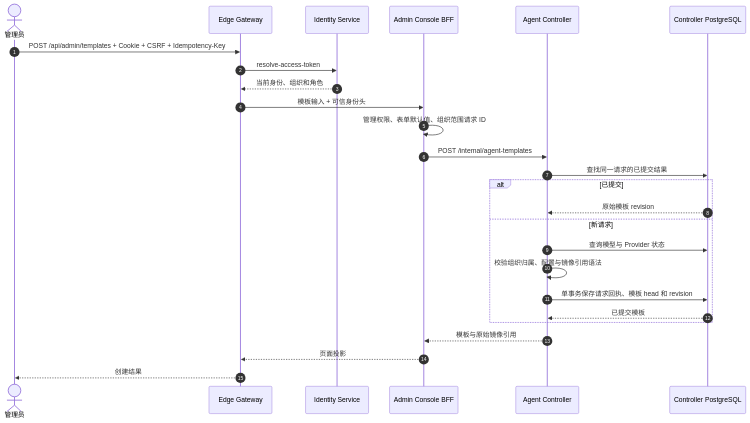
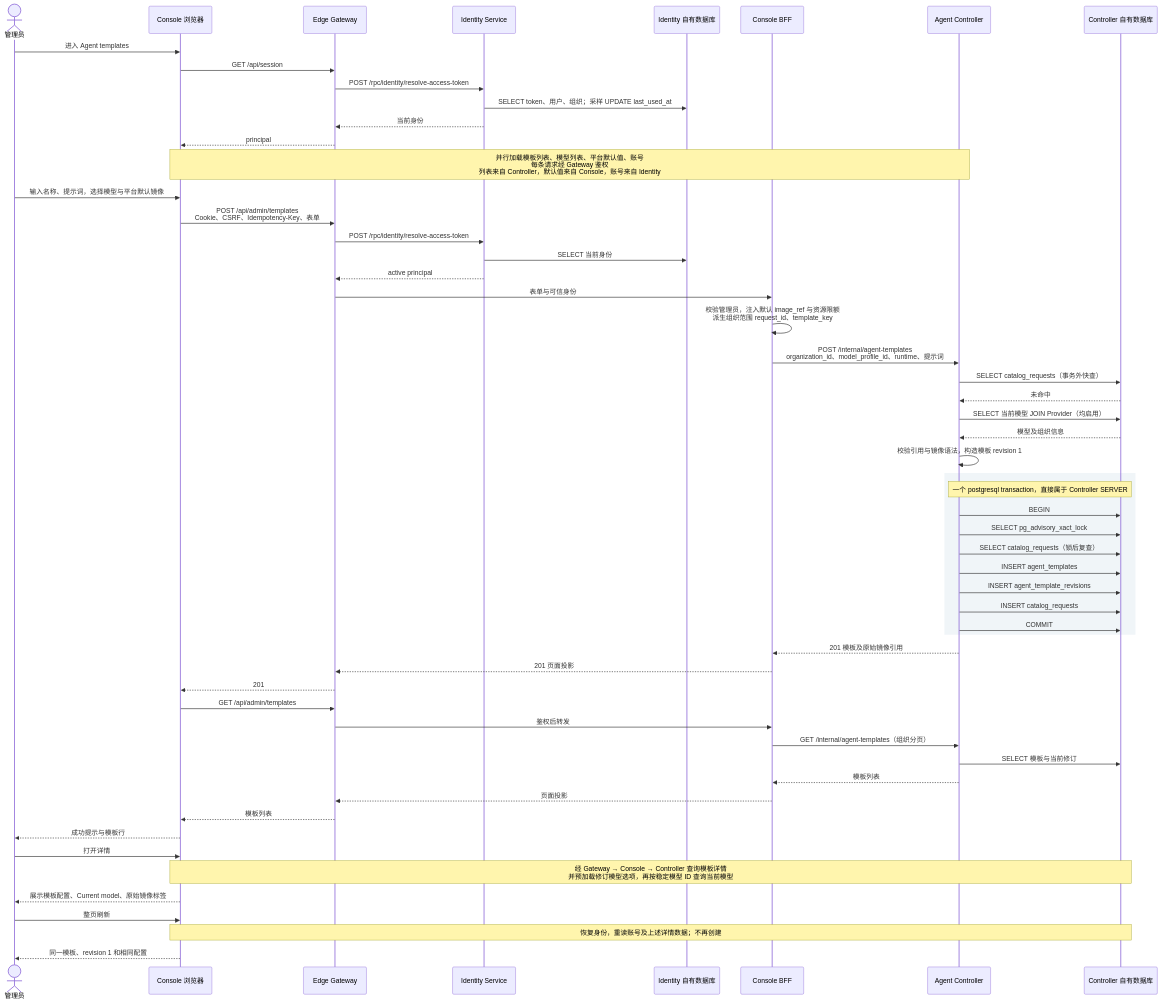
The diagram in docs/business-flow-template-create.md (tf4fun/antnest-platform), drawn with Mermaid before and after one commit. The commit also changed other lines of this file and 87 other files, not shown here.

First line of the commit message:
refactor(provider): simplify model storage and record flow acceptance

````diff
--- a/docs/business-flow-template-create.md
+++ b/docs/business-flow-template-create.md
@@ -19,29 +60,59 @@
 ```mermaid
 sequenceDiagram
-    autonumber
-    actor Browser as 管理员
-    participant Edge as Edge Gateway
-    participant Identity as Identity Service
-    participant Console as Admin Console BFF
-    participant Controller as Agent Controller
-    participant DB as Controller PostgreSQL
+    actor U as 管理员
+    participant B as Console 浏览器
+    participant G as Edge Gateway
+    participant I as Identity Service
+    participant IDB as Identity 自有数据库
+    participant C as Console BFF
+    participant A as Agent Controller
+    participant DB as Controller 自有数据库
 
-    Browser->>Edge: POST /api/admin/templates + Cookie + CSRF + Idempotency-Key
-    Edge->>Identity: resolve-access-token
-    Identity-->>Edge: 当前身份、组织和角色
-    Edge->>Console: 模板输入 + 可信身份头
-    Console->>Console: 管理权限、表单默认值、组织范围请求 ID
-    Console->>Controller: POST /internal/agent-templates
-    Controller->>DB: 查找同一请求的已提交结果
-    alt 已提交
-        DB-->>Controller: 原始模板 revision
-    else 新请求
-        Controller->>DB: 查询模型与 Provider 状态
-        Controller->>Controller: 校验组织归属、配置与镜像引用语法
-        Controller->>DB: 单事务保存请求回执、模板 head 和 revision
-        DB-->>Controller: 已提交模板
+    U->>B: 进入 Agent templates
+    B->>G: GET /api/session
+    G->>I: POST /rpc/identity/resolve-access-token
+    I->>IDB: SELECT token、用户、组织；采样 UPDATE last_used_at
+    I-->>G: 当前身份
+    G-->>B: principal
+    Note over B,A: 并行加载模板列表、模型列表、平台默认值、账号<br/>每条请求经 Gateway 鉴权<br/>列表来自 Controller，默认值来自 Console，账号来自 Identity
+    U->>B: 输入名称、提示词，选择模型与平台默认镜像
+    B->>G: POST /api/admin/templates<br/>Cookie、CSRF、Idempotency-Key、表单
+    G->>I: POST /rpc/identity/resolve-access-token
+    I->>IDB: SELECT 当前身份
+    I-->>G: active principal
+    G->>C: 表单与可信身份
+    C->>C: 校验管理员，注入默认 image_ref 与资源限额<br/>派生组织范围 request_id、template_key
+    C->>A: POST /internal/agent-templates<br/>organization_id、model_profile_id、runtime、提示词
+    A->>DB: SELECT catalog_requests（事务外快查）
+    DB-->>A: 未命中
+    A->>DB: SELECT 当前模型 JOIN Provider（均启用）
+    DB-->>A: 模型及组织信息
+    A->>A: 校验引用与镜像语法，构造模板 revision 1
+    rect rgb(240, 245, 248)
+        Note over A,DB: 一个 postgresql transaction，直接属于 Controller SERVER
+        A->>DB: BEGIN
+        A->>DB: SELECT pg_advisory_xact_lock
+        A->>DB: SELECT catalog_requests（锁后复查）
+        A->>DB: INSERT agent_templates
+        A->>DB: INSERT agent_template_revisions
+        A->>DB: INSERT catalog_requests
+        A->>DB: COMMIT
     end
-    Controller-->>Console: 模板与原始镜像引用
-    Console-->>Edge: 页面投影
-    Edge-->>Browser: 创建结果
+    A-->>C: 201 模板及原始镜像引用
+    C-->>G: 201 页面投影
+    G-->>B: 201
+    B->>G: GET /api/admin/templates
+    G->>C: 鉴权后转发
+    C->>A: GET /internal/agent-templates（组织分页）
+    A->>DB: SELECT 模板与当前修订
+    A-->>C: 模板列表
+    C-->>G: 页面投影
+    G-->>B: 模板列表
+    B-->>U: 成功提示与模板行
+    U->>B: 打开详情
+    Note over B,DB: 经 Gateway → Console → Controller 查询模板详情<br/>并预加载修订模型选项，再按稳定模型 ID 查询当前模型
+    B-->>U: 展示模板配置、Current model、原始镜像标签
+    U->>B: 整页刷新
+    Note over B,DB: 恢复身份，重读账号及上述详情数据；不再创建
+    B-->>U: 同一模板、revision 1 和相同配置
 ```
````
